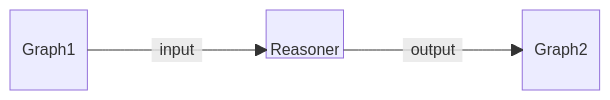
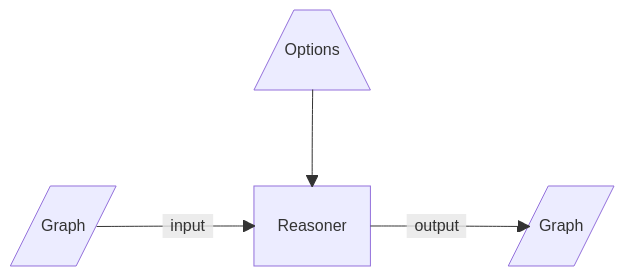
Before and after one commit to asimov-specs/asimov-specs: the diagram in program-patterns/diagrams/reasoner.mmd, drawn with Mermaid. The commit also changed 19 other files, not shown here.

Commit message:
Enhance the data flow diagrams.

```diff
--- a/program-patterns/diagrams/reasoner.mmd
+++ b/program-patterns/diagrams/reasoner.mmd
@@ -1,11 +1,19 @@
+---
+title: Data flow for reasoners
+---
 block-beta
-    columns 7
-    Graph1 space:2 Reasoner space:2 Graph2
-    Graph1-- "input" -->Reasoner
-    Reasoner-- "output" -->Graph2
+  classDef block height:48px,padding:8px;
 
-    classDef block height:48px,padding:8px;
-    classDef hidden visibility:none;
-    class Reasoner block
-    class Graph1 hidden
-    class Graph2 hidden
+  columns 5
+  space:2 Options space:2
+  space:5
+  Input space Program space Output
+
+  Options --> Program
+  Input-- "input" -->Program
+  Program-- "output" -->Output
+
+  Options[/"Options"\]
+  Program["Reasoner"]
+  Input[/"Graph"/]
+  Output[/"Graph"/]
```
